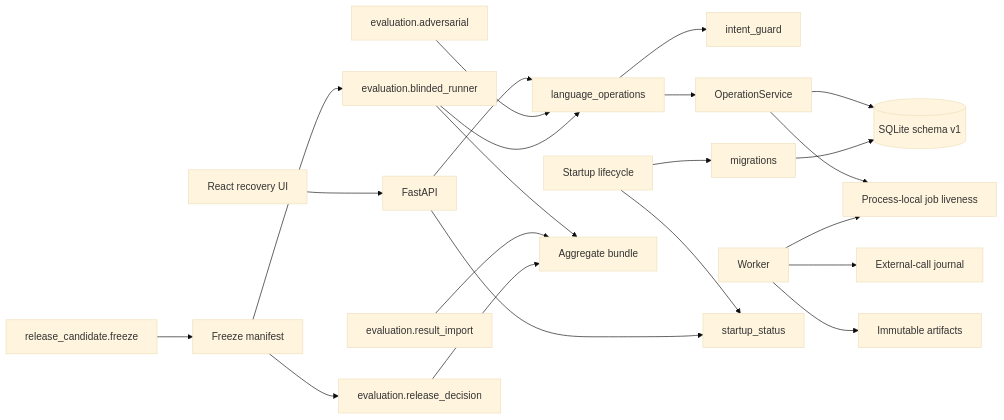
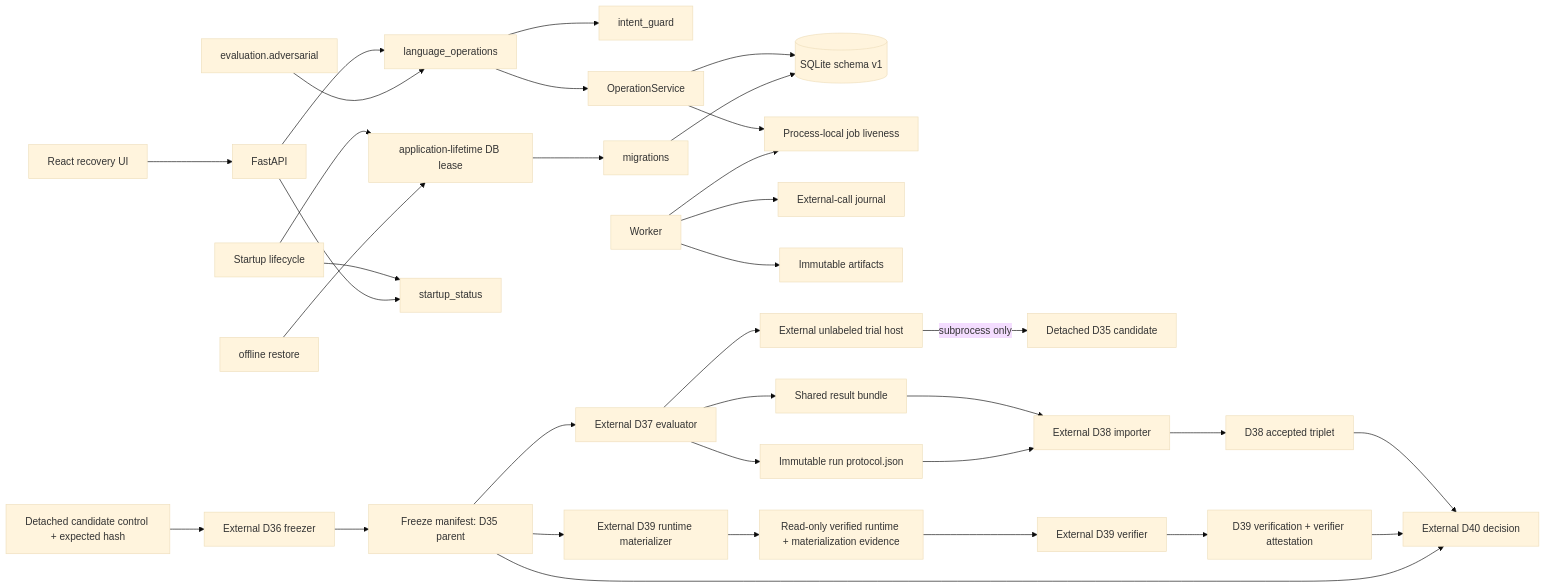
One commit to FidesTherese/blockvideo-upgrade-project changed the first of 5 diagrams in docs/DTD.md. Above: the diagram before and after it, drawn with Mermaid (base theme). The commit also changed other lines of this file and 15 other files, not shown here.

````diff
--- a/docs/DTD.md
+++ b/docs/DTD.md
@@ -59,26 +92,39 @@
 ```mermaid
 flowchart LR
     UI[React recovery UI] --> API[FastAPI]
     API --> Lang[language_operations]
     Lang --> Guard[intent_guard]
     Lang --> Core[OperationService]
     Core --> DB[(SQLite schema v1)]
     Core --> Live[Process-local job liveness]
     Worker --> Live
     Worker --> Journal[External-call journal]
     Worker --> Artifacts[Immutable artifacts]
 
-    Startup[Startup lifecycle] --> Migration[migrations]
+    Startup[Startup lifecycle] --> Lease[application-lifetime DB lease]
+    Lease --> Migration[migrations]
     Migration --> DB
+    Restore[offline restore] --> Lease
     Startup --> Status[startup_status]
     API --> Status
 
     Adv[evaluation.adversarial] --> Lang
-    Freeze[release_candidate.freeze] --> Manifest[Freeze manifest]
-    Blind[evaluation.blinded_runner] --> Lang
-    Blind --> Aggregate[Aggregate bundle]
-    Import[evaluation.result_import] --> Aggregate
-    Decision[evaluation.release_decision] --> Aggregate
-    Manifest --> Blind
+
+    Control[Detached candidate control + expected hash] --> Freeze[External D36 freezer]
+    Freeze --> Manifest[Freeze manifest: D35 parent]
+    Manifest --> Blind[External D37 evaluator]
+    Blind --> Host[External unlabeled trial host]
+    Host -->|subprocess only| Candidate[Detached D35 candidate]
+    Blind --> Protocol[Immutable run protocol.json]
+    Blind --> Aggregate[Shared result bundle]
+    Aggregate --> Import[External D38 importer]
+    Protocol --> Import
+    Import --> Accepted[D38 accepted triplet]
+    Manifest --> Materialize[External D39 runtime materializer]
+    Materialize --> Runtime[Read-only verified runtime + materialization evidence]
+    Runtime --> Verify[External D39 verifier]
+    Verify --> Verification[D39 verification + verifier attestation]
+    Accepted --> Decision[External D40 decision]
+    Verification --> Decision
     Manifest --> Decision
 ```
````
